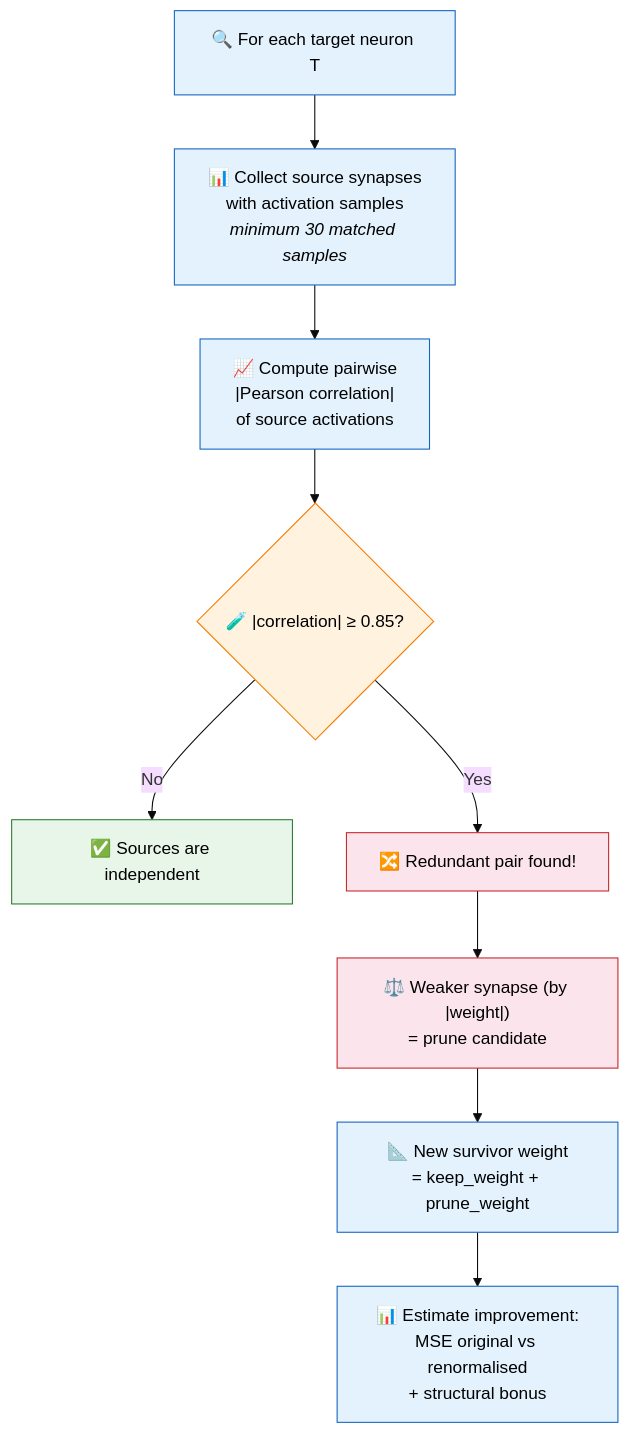
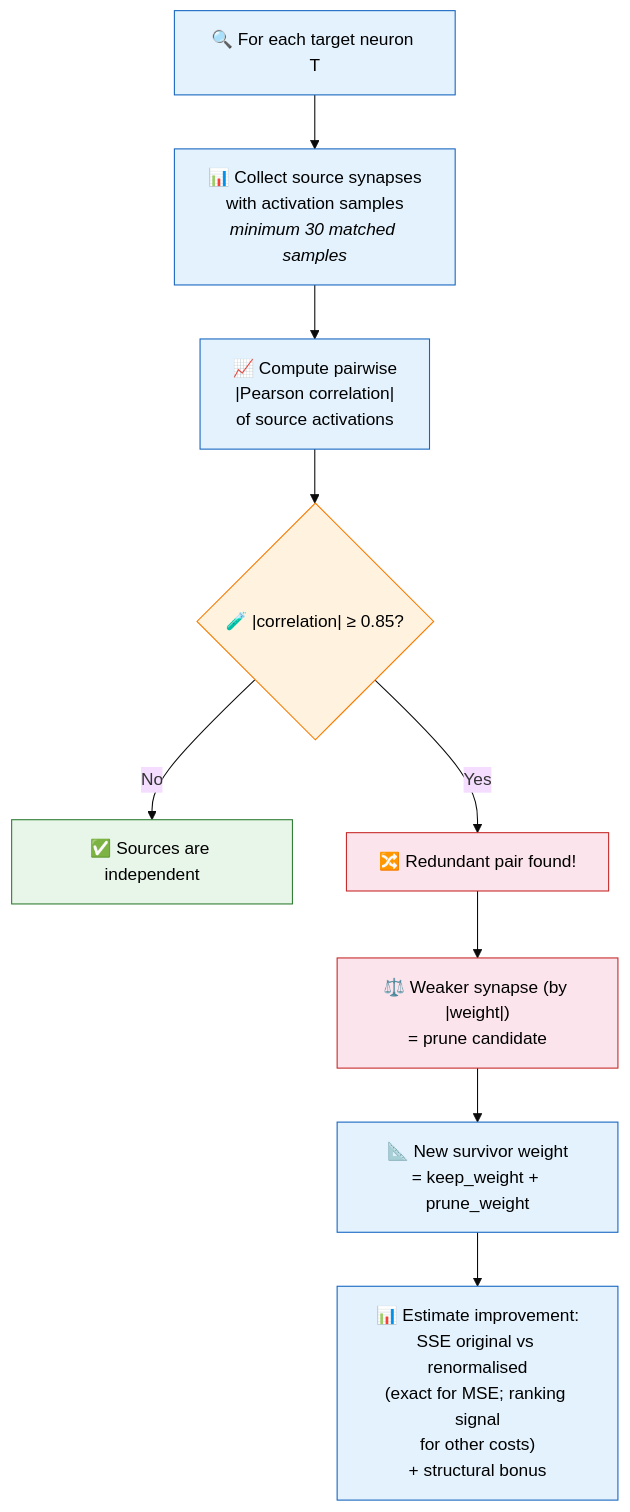
The second of 3 diagrams in docs/discoveries/redundant-path.md (stSoftwareAU/NEAT-AI-Discovery), drawn with Mermaid (base theme) before and after one commit. The commit also changed other lines of this file and 4 other files, not shown here.

````diff
--- a/docs/discoveries/redundant-path.md
+++ b/docs/discoveries/redundant-path.md
@@ -38,20 +38,20 @@
 ```mermaid
 flowchart TD
     A["🔍 For each target neuron T"] --> B["📊 Collect source synapses<br/>with activation samples<br/><i>minimum 30 matched samples</i>"]
     B --> C["📈 Compute pairwise<br/>|Pearson correlation|<br/>of source activations"]
     C --> D{"🧪 |correlation| ≥ 0.85?"}
     D -->|No| Z["✅ Sources are independent"]
     D -->|Yes| E["🔀 Redundant pair found!"]
     E --> F["⚖️ Weaker synapse (by |weight|)<br/>= prune candidate"]
     F --> G["📐 New survivor weight<br/>= keep_weight + prune_weight"]
-    G --> H["📊 Estimate improvement:<br/>MSE original vs renormalised<br/>+ structural bonus"]
+    G --> H["📊 Estimate improvement:<br/>SSE original vs renormalised<br/>(exact for MSE; ranking signal<br/>for other costs)<br/>+ structural bonus"]
     style A fill:#e3f2fd,stroke:#1565c0,color:#000
     style B fill:#e3f2fd,stroke:#1565c0,color:#000
     style C fill:#e3f2fd,stroke:#1565c0,color:#000
     style D fill:#fff3e0,stroke:#f57c00,color:#000
     style E fill:#fce4ec,stroke:#c62828,color:#000
     style F fill:#fce4ec,stroke:#c62828,color:#000
     style G fill:#e3f2fd,stroke:#1565c0,color:#000
     style H fill:#e3f2fd,stroke:#1565c0,color:#000
     style Z fill:#e8f5e9,stroke:#2e7d32,color:#000
 ```
````
